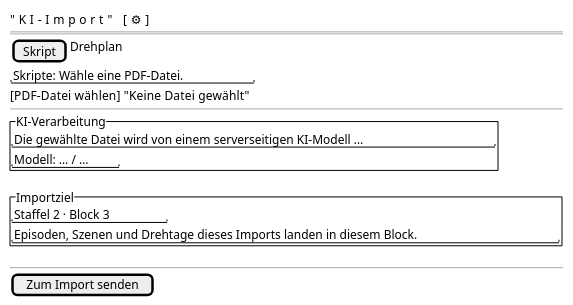
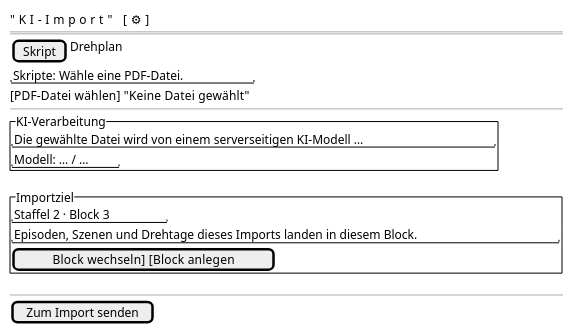
Before and after one commit to tradem/breakdown-rs: the diagram in docs/design/screens/ai-import-submit.md, drawn with PlantUML. The commit also changed other lines of this file and 16 other files, not shown here.

````diff
--- a/docs/design/screens/ai-import-submit.md
+++ b/docs/design/screens/ai-import-submit.md
@@ -36,20 +37,21 @@
 ```plantuml
 @startsalt
 {
   "KI-Import"                  [⚙]
   ==
   { [Skript] | Drehplan }
   "Skripte: Wähle eine PDF-Datei."
   [PDF-Datei wählen]   "Keine Datei gewählt"
   --
   {^ "KI-Verarbeitung"
      "Die gewählte Datei wird von einem serverseitigen KI-Modell …"
      "Modell: … / …" }
   {^ "Importziel"
      "Staffel 2 · Block 3"
-     "Episoden, Szenen und Drehtage dieses Imports landen in diesem Block." }
+     "Episoden, Szenen und Drehtage dieses Imports landen in diesem Block."
+     [Block wechseln]   [Block anlegen] }
   --
   [Zum Import senden]
 }
 @endsalt
 ```
````
